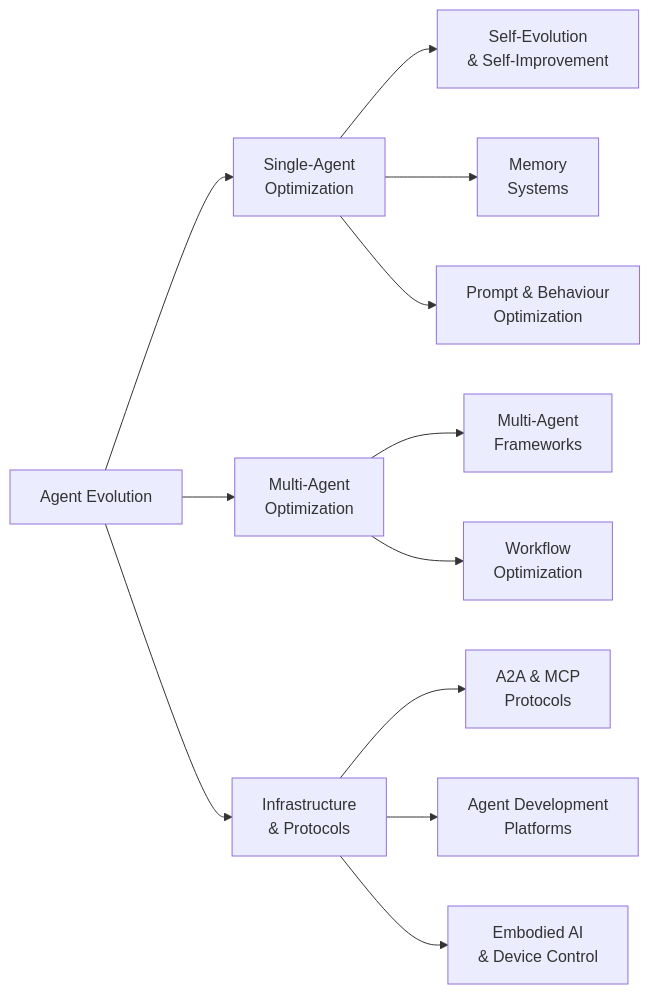
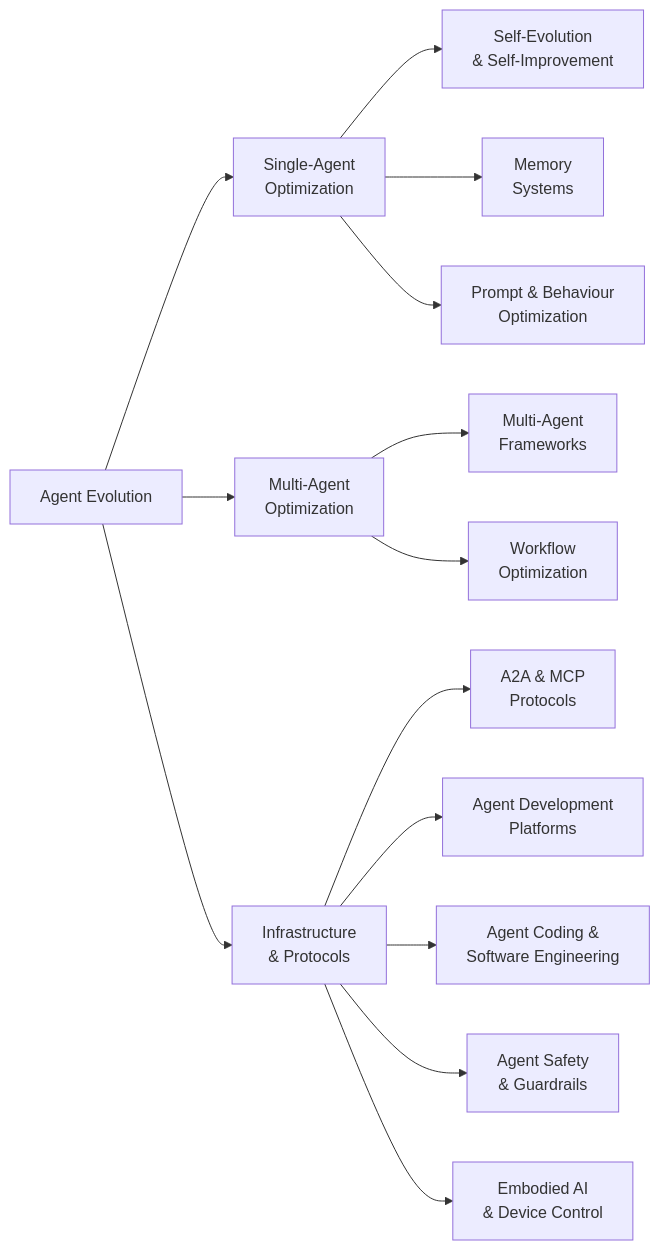
One commit to EvoMap/awesome-agent-evolution changed the diagram in README.md. Above: the diagram before and after it, drawn with Mermaid. The commit also changed other lines of this file and 10 other files, not shown here.

````diff
--- a/README.md
+++ b/README.md
@@ -16,17 +16,19 @@
 ```mermaid
 graph LR
     Root["Agent Evolution"] --> SingleAgent["Single-Agent<br/>Optimization"]
     Root --> MultiAgent["Multi-Agent<br/>Optimization"]
     Root --> Infrastructure["Infrastructure<br/>& Protocols"]
 
     SingleAgent --> Evolution["Self-Evolution<br/>& Self-Improvement"]
     SingleAgent --> Memory["Memory<br/>Systems"]
     SingleAgent --> PromptOpt["Prompt & Behaviour<br/>Optimization"]
 
     MultiAgent --> Frameworks["Multi-Agent<br/>Frameworks"]
     MultiAgent --> WorkflowOpt["Workflow<br/>Optimization"]
 
     Infrastructure --> Protocols["A2A & MCP<br/>Protocols"]
     Infrastructure --> Platforms["Agent Development<br/>Platforms"]
+    Infrastructure --> Coding["Agent Coding &<br/>Software Engineering"]
+    Infrastructure --> Safety["Agent Safety<br/>& Guardrails"]
     Infrastructure --> Embodied["Embodied AI<br/>& Device Control"]
 ```
````
